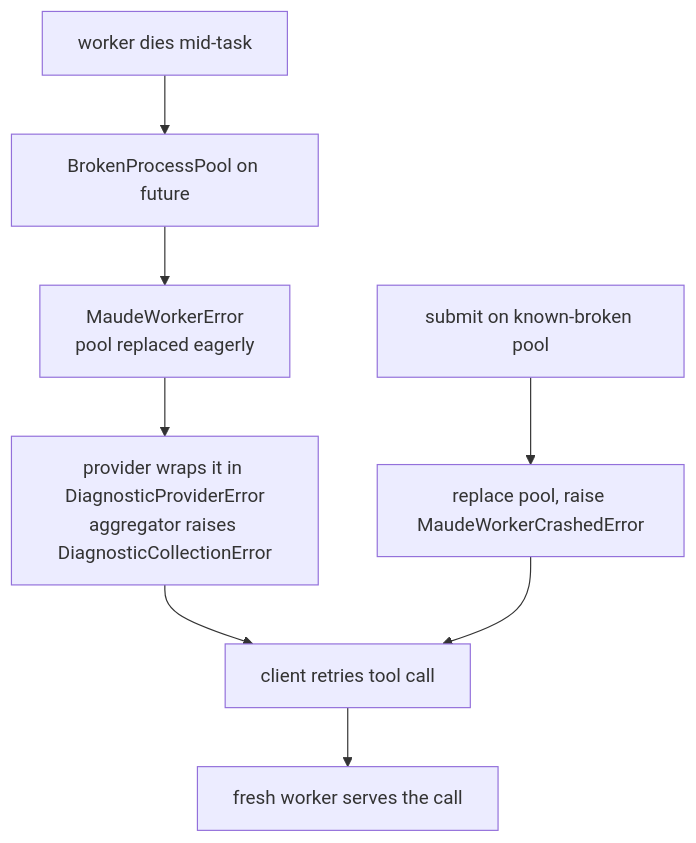
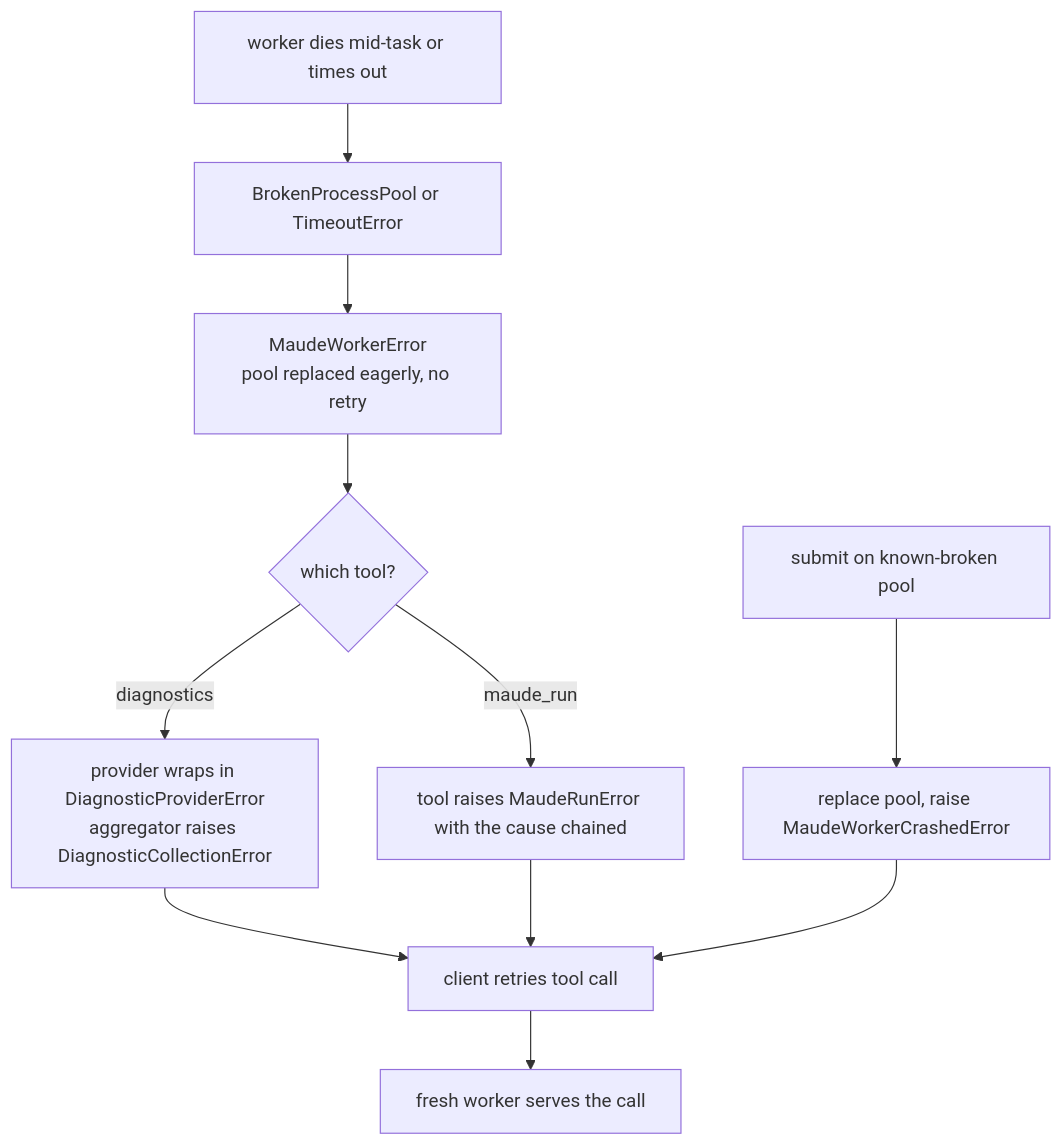
One commit to demiourgoi/Harold changed the third of 3 diagrams in harold-mcp/.agents/summary/workflows.md. Above: the diagram before and after it, drawn with Mermaid. The commit also changed other lines of this file and 9 other files, not shown here.

````diff
--- a/harold-mcp/.agents/summary/workflows.md
+++ b/harold-mcp/.agents/summary/workflows.md
@@ -109,10 +142,13 @@
 ```mermaid
 flowchart TD
-    A[worker dies mid-task] --> B[BrokenProcessPool on future]
-    B --> C[MaudeWorkerError<br>pool replaced eagerly]
-    C --> D[provider wraps it in DiagnosticProviderError<br>aggregator raises DiagnosticCollectionError]
-    D --> E[client retries tool call]
-    E --> F[fresh worker serves the call]
-    F2[submit on known-broken pool] --> G[replace pool, raise MaudeWorkerCrashedError]
-    G --> E
+    A[worker dies mid-task or times out] --> B[BrokenProcessPool or TimeoutError]
+    B --> C[MaudeWorkerError<br>pool replaced eagerly, no retry]
+    C --> D{which tool?}
+    D -->|diagnostics| E[provider wraps in DiagnosticProviderError<br>aggregator raises DiagnosticCollectionError]
+    D -->|maude_run| F[tool raises MaudeRunError with the cause chained]
+    E --> G[client retries tool call]
+    F --> G
+    G --> H[fresh worker serves the call]
+    I[submit on known-broken pool] --> J[replace pool, raise MaudeWorkerCrashedError]
+    J --> G
 ```
````
